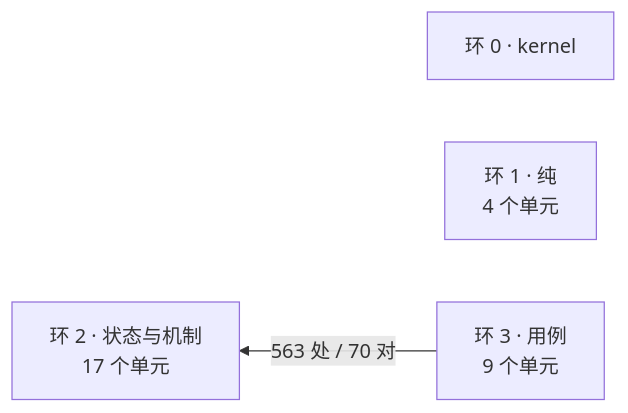
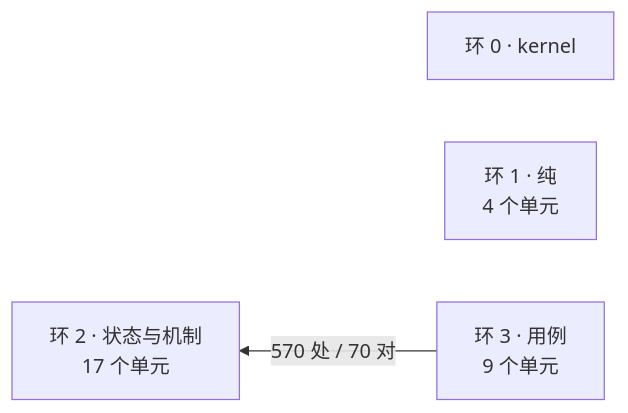
Before and after one commit to theRMM714/Solomni: the diagram in docs/architecture/dependency-map.md, drawn with Mermaid. The commit also changed other lines of this file and 75 other files, not shown here.

````diff
--- a/docs/architecture/dependency-map.md
+++ b/docs/architecture/dependency-map.md
@@ -14,8 +14,8 @@
 ```mermaid
 flowchart RL
   R0["环 0 · kernel"]
   R1["环 1 · 纯<br/>4 个单元"]
   R2["环 2 · 状态与机制<br/>17 个单元"]
   R3["环 3 · 用例<br/>9 个单元"]
-  R3 -->|"563 处 / 70 对"| R2
+  R3 -->|"570 处 / 70 对"| R2
 ```
````
